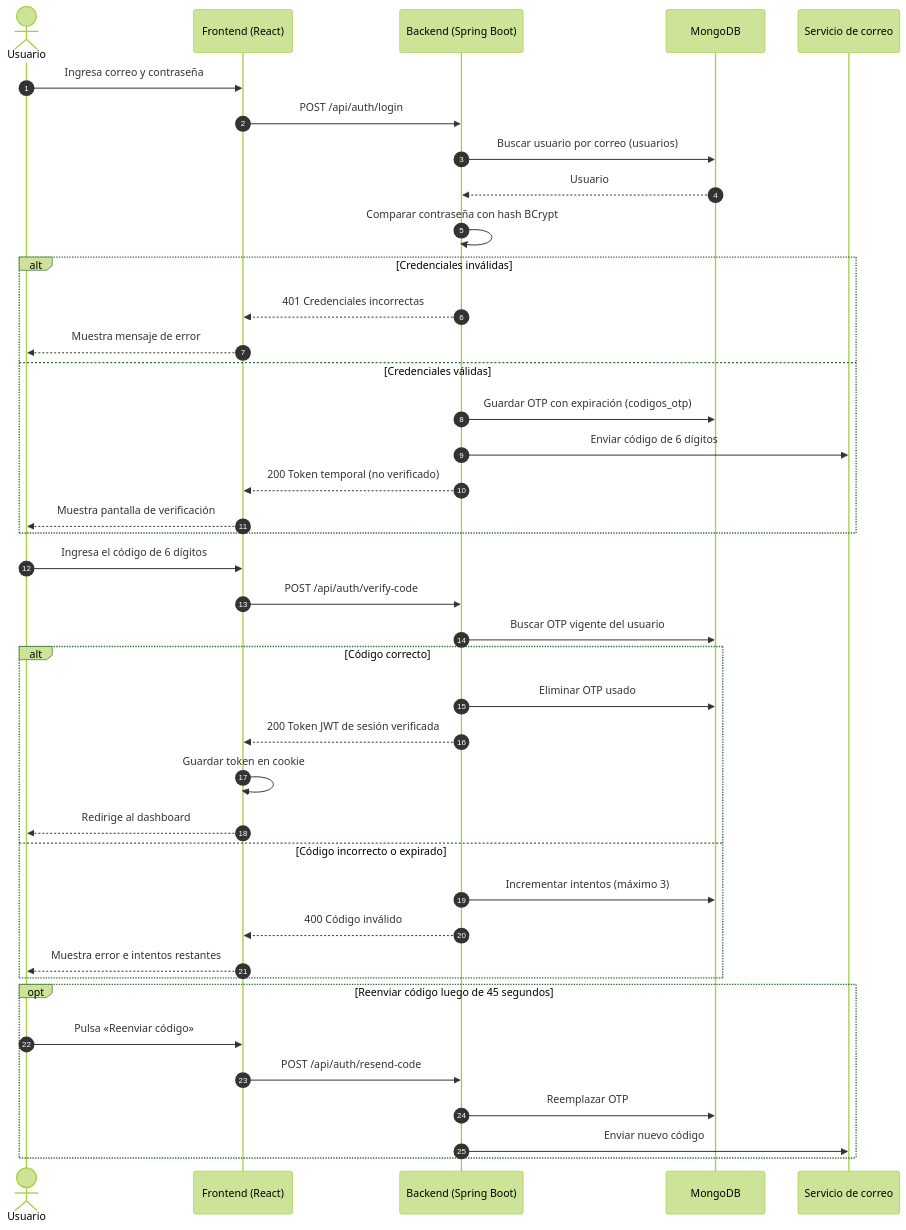
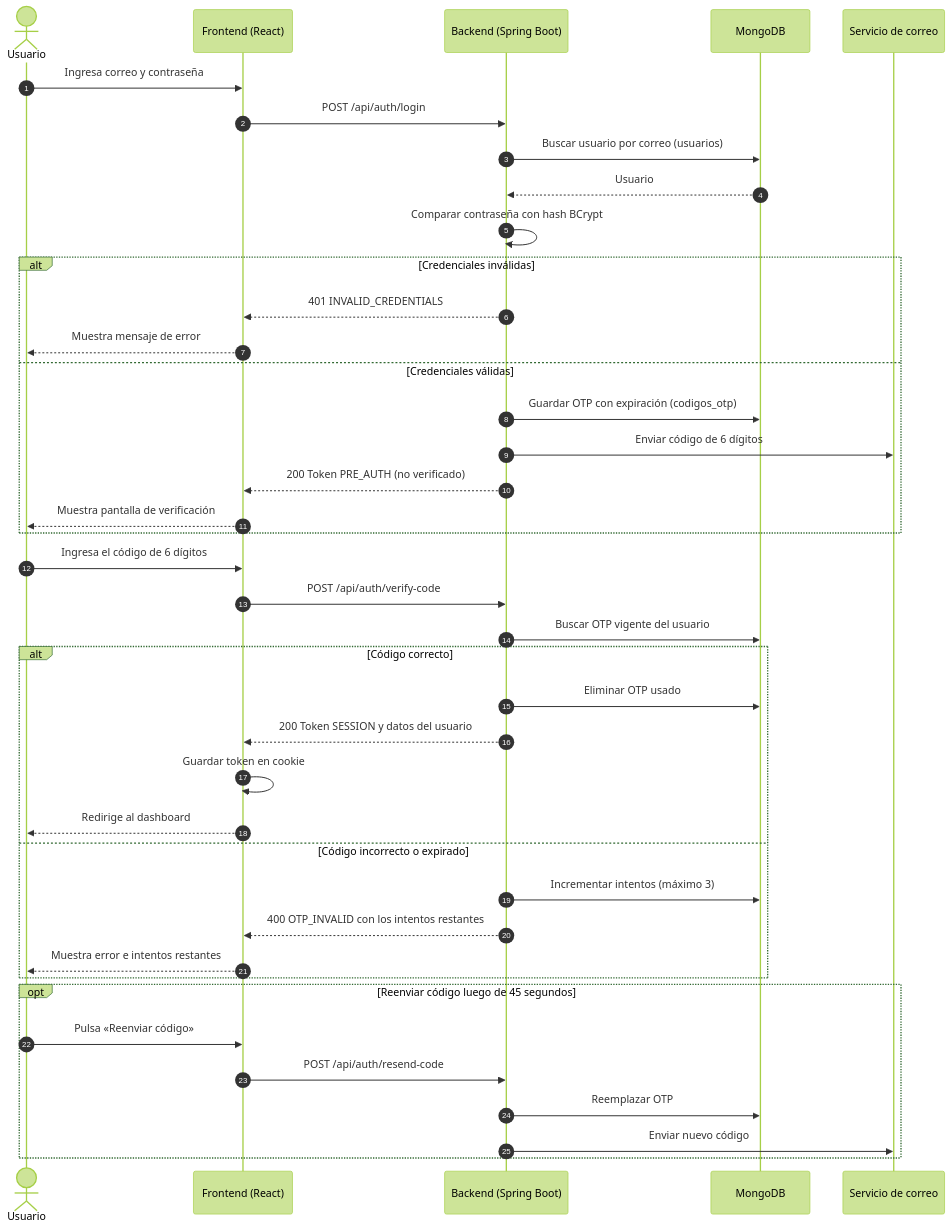
One commit to manuelguarniz/mono-movilidad-colaborativa changed the third of 7 diagrams in README.md. Above: the diagram before and after it, drawn with Mermaid (forest theme). The commit also changed other lines of this file and 1 other file, not shown here.

Commit message:
se agrega documentacion para los siguientes pasos

````diff
--- a/README.md
+++ b/README.md
@@ -499,45 +518,45 @@
 ```mermaid
 sequenceDiagram
     autonumber
     actor U as Usuario
     participant FE as Frontend (React)
     participant API as Backend (Spring Boot)
     participant DB as MongoDB
     participant MAIL as Servicio de correo
 
     U->>FE: Ingresa correo y contraseña
     FE->>API: POST /api/auth/login
     API->>DB: Buscar usuario por correo (usuarios)
     DB-->>API: Usuario
     API->>API: Comparar contraseña con hash BCrypt
     alt Credenciales inválidas
-        API-->>FE: 401 Credenciales incorrectas
+        API-->>FE: 401 INVALID_CREDENTIALS
         FE-->>U: Muestra mensaje de error
     else Credenciales válidas
         API->>DB: Guardar OTP con expiración (codigos_otp)
         API->>MAIL: Enviar código de 6 dígitos
-        API-->>FE: 200 Token temporal (no verificado)
+        API-->>FE: 200 Token PRE_AUTH (no verificado)
         FE-->>U: Muestra pantalla de verificación
     end
 
     U->>FE: Ingresa el código de 6 dígitos
     FE->>API: POST /api/auth/verify-code
     API->>DB: Buscar OTP vigente del usuario
     alt Código correcto
         API->>DB: Eliminar OTP usado
-        API-->>FE: 200 Token JWT de sesión verificada
+        API-->>FE: 200 Token SESSION y datos del usuario
         FE->>FE: Guardar token en cookie
         FE-->>U: Redirige al dashboard
     else Código incorrecto o expirado
         API->>DB: Incrementar intentos (máximo 3)
-        API-->>FE: 400 Código inválido
+        API-->>FE: 400 OTP_INVALID con los intentos restantes
         FE-->>U: Muestra error e intentos restantes
     end
 
     opt Reenviar código luego de 45 segundos
         U->>FE: Pulsa «Reenviar código»
         FE->>API: POST /api/auth/resend-code
         API->>DB: Reemplazar OTP
         API->>MAIL: Enviar nuevo código
     end
 ```
````
